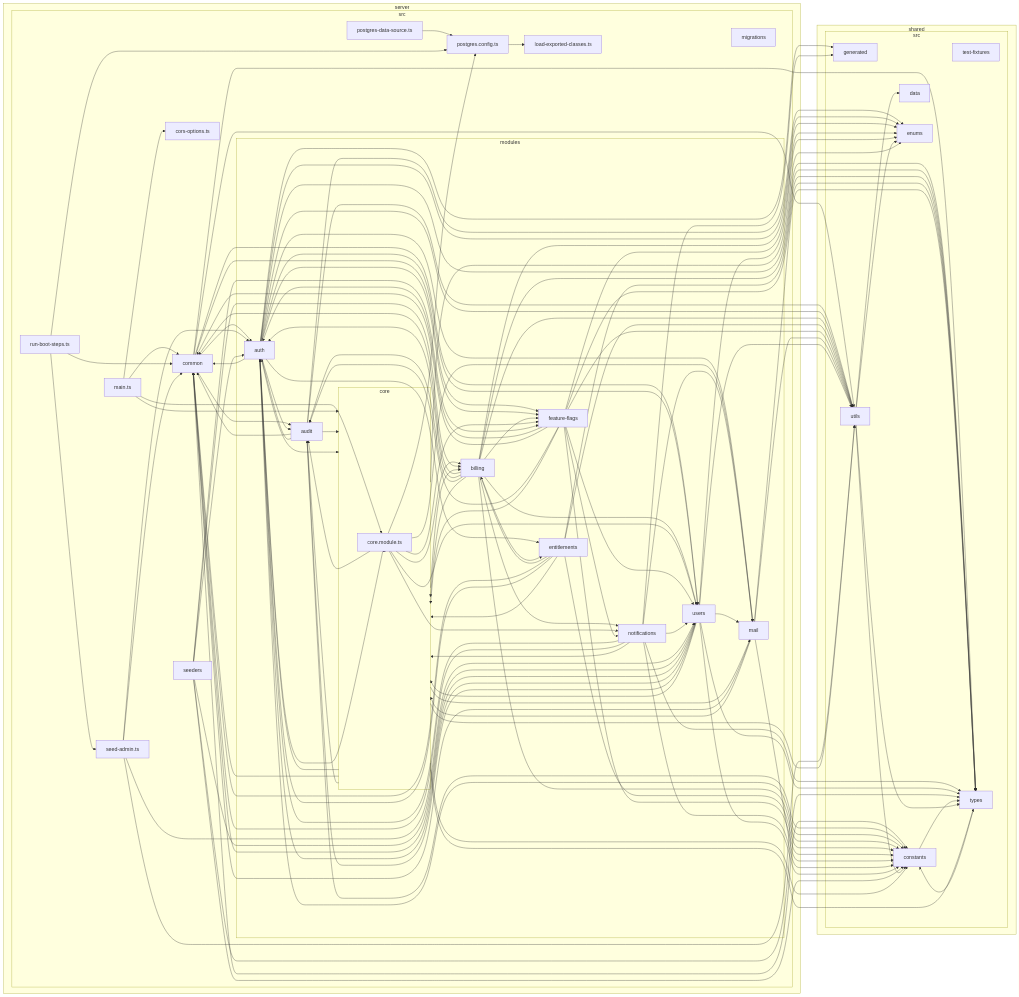
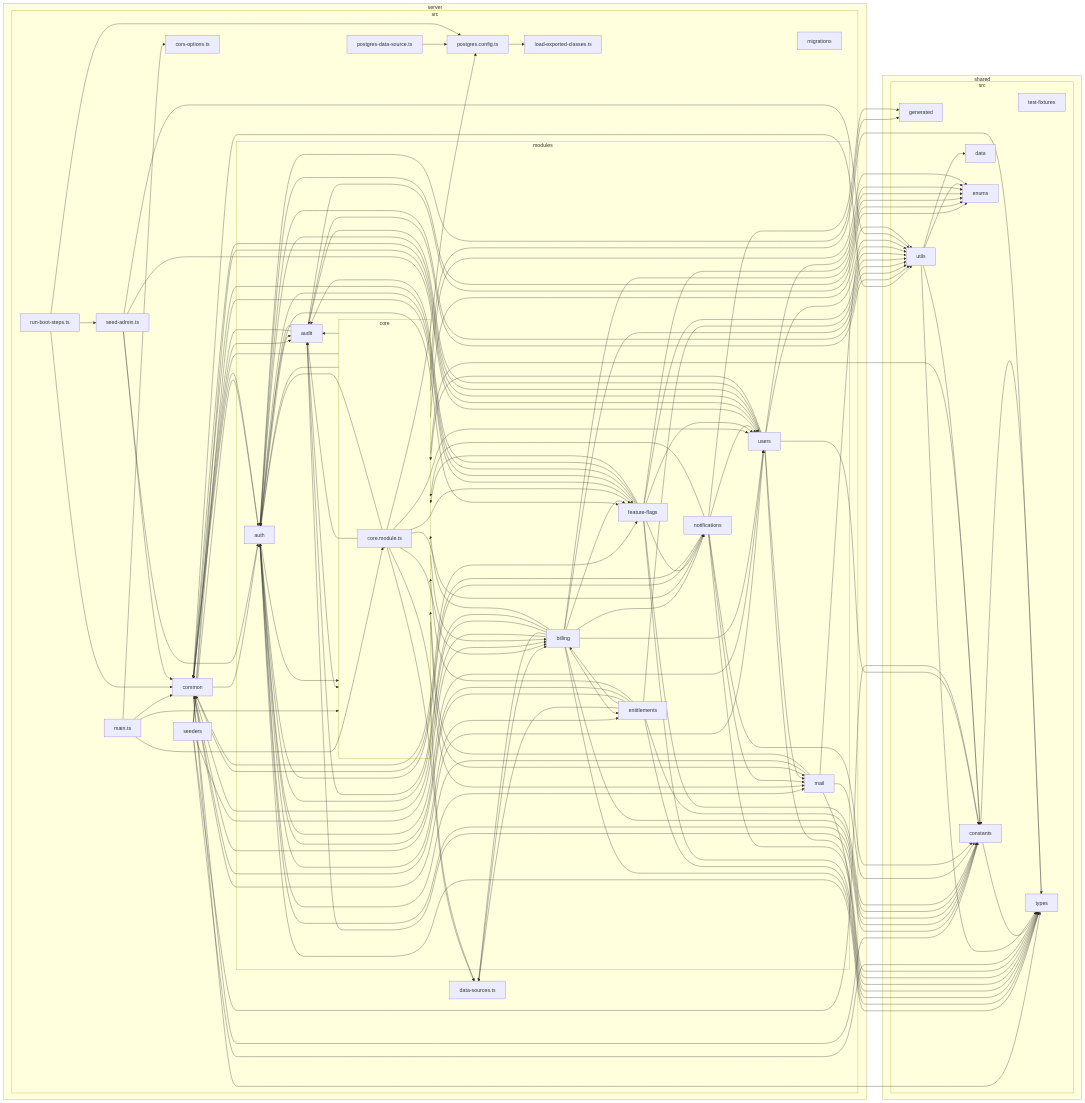
The second of 5 diagrams in architecture/dependency-graph.md (tauinbox/client-server-starter-app), drawn with Mermaid before and after one commit. The commit also changed 42 other files, not shown here.

First line of the commit message:
feat(server): read the plan and product catalog through a settings data source

````diff
--- a/architecture/dependency-graph.md
+++ b/architecture/dependency-graph.md
@@ -44,157 +44,163 @@
 subgraph 1["src"]
 2["common"]
 3["cors-options.ts"]
-4["load-exported-classes.ts"]
-5["main.ts"]
-6["migrations"]
-subgraph 7["modules"]
-8["audit"]
-9["auth"]
-A["billing"]
-subgraph B["core"]
-C["core.module.ts"]
+4["data-sources.ts"]
+5["load-exported-classes.ts"]
+6["main.ts"]
+7["migrations"]
+subgraph 8["modules"]
+9["audit"]
+A["auth"]
+B["billing"]
+subgraph C["core"]
+D["core.module.ts"]
 end
-D["entitlements"]
-E["feature-flags"]
-F["mail"]
-G["notifications"]
-H["users"]
+E["entitlements"]
+F["feature-flags"]
+G["mail"]
+H["notifications"]
+I["users"]
 end
-I["postgres-data-source.ts"]
-J["postgres.config.ts"]
-K["run-boot-steps.ts"]
-L["seed-admin.ts"]
-M["seeders"]
+J["postgres-data-source.ts"]
+K["postgres.config.ts"]
+L["run-boot-steps.ts"]
+M["seed-admin.ts"]
+N["seeders"]
 end
 end
-subgraph N["shared"]
-subgraph O["src"]
-P["constants"]
-Q["data"]
-R["enums"]
-S["generated"]
-T["test-fixtures"]
-U["types"]
-V["utils"]
+subgraph O["shared"]
+subgraph P["src"]
+Q["constants"]
+R["data"]
+S["enums"]
+T["generated"]
+U["test-fixtures"]
+V["types"]
+W["utils"]
 end
 end
-2-->P
-2-->U
+2-->Q
 2-->V
+2-->W
+2-->A
+2-->F
+2-->I
 2-->9
-2-->E
-2-->H
-2-->8
-5-->2
-5-->3
-5-->B
-5-->C
-8-->B
-8-->R
-8-->V
-8-->2
-8-->9
-8-->P
+4-->B
+6-->2
+6-->3
+6-->C
+6-->D
+9-->C
 9-->S
-9-->U
-9-->8
+9-->W
 9-->2
-9-->B
-9-->D
-9-->H
-9-->P
-9-->V
-9-->R
-9-->F
-9-->E
+9-->A
+9-->Q
+A-->T
+A-->V
+A-->9
 A-->2
-A-->V
-A-->H
-A-->U
-A-->9
-A-->D
+A-->C
 A-->E
+A-->I
+A-->Q
+A-->W
+A-->S
 A-->G
-A-->P
-A-->8
-A-->R
-A-->B
-B-->R
-B-->U
+A-->F
+B-->V
+B-->2
+B-->W
+B-->I
+B-->4
+B-->A
+B-->E
+B-->F
+B-->H
+B-->Q
 B-->9
-B-->2
-B-->P
-B-->8
-B-->V
-B-->A
-B-->F
-C-->J
-C-->8
+B-->S
+B-->C
+C-->S
+C-->V
+C-->A
+C-->2
+C-->Q
 C-->9
-C-->A
-C-->E
-C-->F
+C-->4
+C-->W
+C-->B
 C-->G
-C-->H
-C-->B
+D-->4
+D-->K
+D-->9
 D-->A
 D-->B
-D-->2
-D-->P
-D-->U
-D-->V
-D-->9
-E-->P
-E-->U
-E-->9
+D-->F
+D-->G
+D-->H
+D-->I
+D-->C
+E-->4
 E-->B
-E-->G
-E-->H
+E-->C
 E-->2
+E-->Q
 E-->V
-E-->8
-E-->R
+E-->W
+E-->A
+F-->Q
+F-->V
+F-->A
+F-->C
+F-->H
+F-->I
 F-->2
-F-->P
-F-->U
-F-->V
-F-->B
-G-->9
-G-->H
-G-->U
+F-->W
+F-->9
+F-->S
 G-->2
-G-->P
-G-->B
-G-->S
-G-->F
+G-->Q
+G-->V
+G-->W
+G-->C
+H-->A
+H-->I
+H-->V
 H-->2
-H-->9
-H-->P
-H-->U
-H-->8
-H-->F
-H-->V
-H-->B
-H-->R
-I-->J
-J-->4
-K-->2
-K-->J
-K-->L
+H-->Q
+H-->C
+H-->T
+H-->G
+I-->2
+I-->A
+I-->Q
+I-->V
+I-->9
+I-->G
+I-->W
+I-->C
+I-->S
+J-->K
+K-->5
 L-->2
-L-->9
-L-->H
-L-->V
+L-->K
+L-->M
+M-->2
 M-->A
-M-->U
-M-->E
-M-->P
-M-->9
-M-->H
-P-->U
-U-->P
-V-->P
-V-->U
+M-->I
+M-->W
+N-->B
+N-->V
+N-->F
+N-->Q
+N-->A
+N-->I
+Q-->V
 V-->Q
-V-->R
+W-->Q
+W-->V
+W-->R
+W-->S
 ```
````
